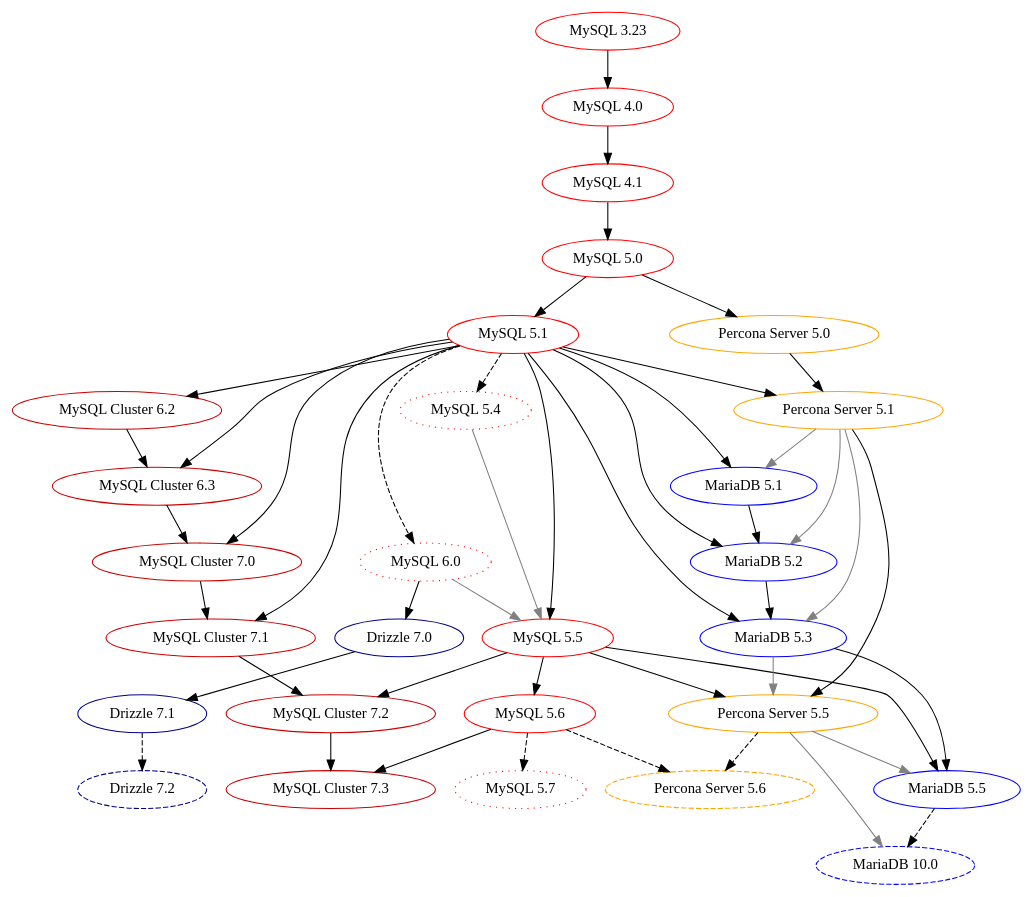
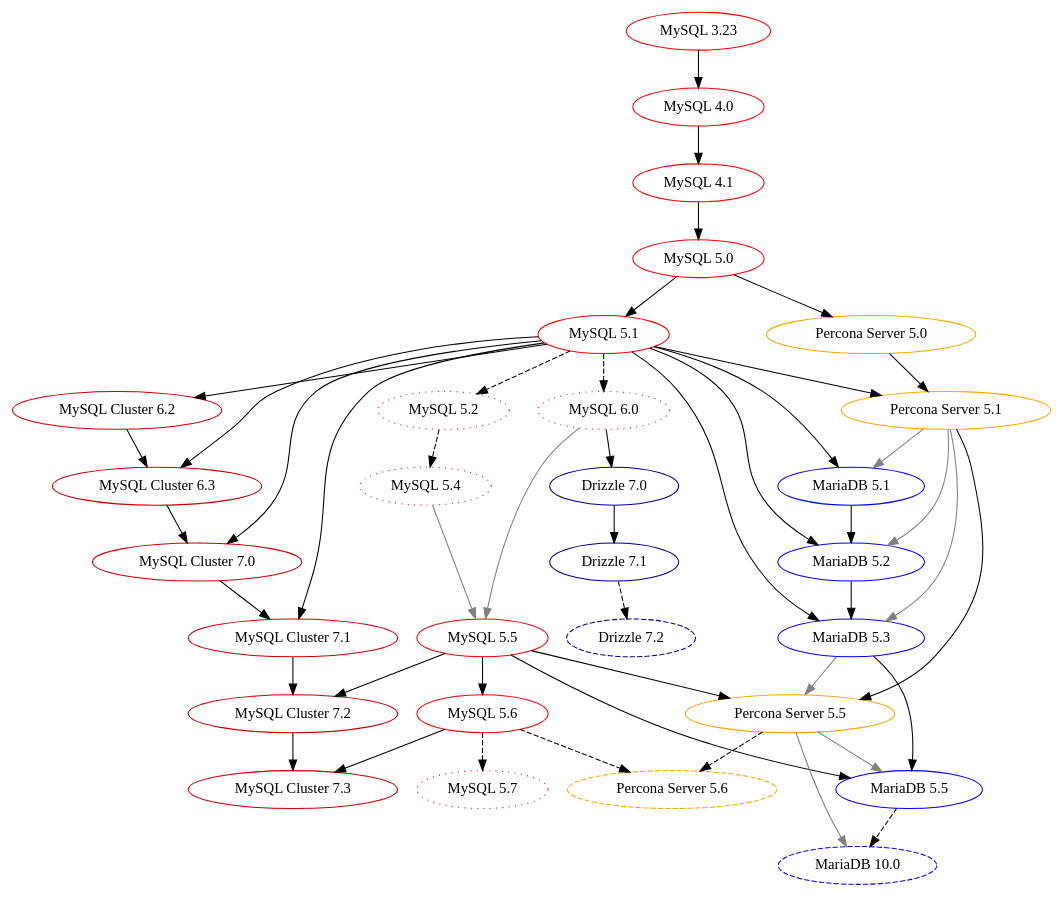
Before and after one commit to dveeden/mysql-history-graph: the diagram in mysql-history-graph.dot, drawn with Graphviz. The commit also changed 2 other files, not shown here.

Commit message:
Added MySQL 5.2 (Thanks Antony T Curtis)

```diff
--- a/mysql-history-graph.dot
+++ b/mysql-history-graph.dot
@@ -1,97 +1,98 @@
 digraph mysql_history_graph {
 	/* Standards:
 	   Non-GA: 		dotted
 	   Abandoned: 		dotted 
 	   Oracle MySQL: 	red
 	   MySQL Cluster: 	red3
 	   MariaDB: 		blue
 	   Drizzle: 		blue4
 	   Percona Server: 	orange
 	*/
 
 	/* MySQL/Sun/Oracle MySQL GA */
 	"MySQL 3.23" [color="red"];
 	"MySQL 4.0" [color="red"];
 	"MySQL 4.1" [color="red"];
 	"MySQL 5.0" [color="red"];
 	"MySQL 5.1" [color="red"];
 	"MySQL 5.5" [color="red"];
 	"MySQL 5.6" [color="red"];
 	"MySQL 3.23" -> "MySQL 4.0";
 	"MySQL 4.0" -> "MySQL 4.1";
 	"MySQL 4.1" -> "MySQL 5.0";
 	"MySQL 5.0" -> "MySQL 5.1";
-	"MySQL 5.1" -> "MySQL 5.5";
 	"MySQL 5.5" -> "MySQL 5.6";
 	"MySQL 5.4" -> "MySQL 5.5" [color="grey"]; // InnoDB Scalability
 	"MySQL 6.0" -> "MySQL 5.5" [color="grey"]; // Optimizer improvements
 
 	/* MySQL/Sun/Oracle non-GA */	
+	"MySQL 5.2" [color="red",style="dotted"];
 	"MySQL 5.4" [color="red",style="dotted"];
 	"MySQL 5.7" [color="red",style="dotted"];
 	"MySQL 6.0" [color="red",style="dotted"];
-	"MySQL 5.1" -> "MySQL 5.4" [style="dashed"];
+	"MySQL 5.1" -> "MySQL 5.2" [style="dashed"];
 	"MySQL 5.1" -> "MySQL 6.0" [style="dashed"];
+	"MySQL 5.2" -> "MySQL 5.4" [style="dashed"];
 	"MySQL 5.6" -> "MySQL 5.7" [style="dashed"];
 
 	/* MySQL Cluster (NDB) */
 	"MySQL Cluster 6.2" [color="red3"]
 	"MySQL Cluster 6.3" [color="red3"]
 	"MySQL Cluster 7.0" [color="red3"]
 	"MySQL Cluster 7.1" [color="red3"]
 	"MySQL Cluster 7.2" [color="red3"]
 	"MySQL Cluster 7.3"  [color="red3"]
 	"MySQL 5.1" -> "MySQL Cluster 6.2";
 	"MySQL 5.1" -> "MySQL Cluster 6.3";
 	"MySQL Cluster 6.2" -> "MySQL Cluster 6.3";
 	"MySQL 5.1" -> "MySQL Cluster 7.0";
 	"MySQL Cluster 6.3" -> "MySQL Cluster 7.0";
 	"MySQL 5.1" -> "MySQL Cluster 7.1";
 	"MySQL Cluster 7.0" -> "MySQL Cluster 7.1";
 	"MySQL 5.5" -> "MySQL Cluster 7.2";
 	"MySQL Cluster 7.1" -> "MySQL Cluster 7.2";
 	"MySQL 5.6" -> "MySQL Cluster 7.3";
 	"MySQL Cluster 7.2" -> "MySQL Cluster 7.3";
 
 	/* MariaDB */
 	"MariaDB 5.1" [color="blue"];
 	"MariaDB 5.2" [color="blue"];
 	"MariaDB 5.3" [color="blue"];
 	"MariaDB 5.5" [color="blue"];
 	"MariaDB 10.0" [color="blue", style="dashed"];
 	"MySQL 5.1" -> "MariaDB 5.1";
 	"Percona Server 5.1" -> "MariaDB 5.1" [color="grey"]; // XtraDB
 	"MySQL 5.1" -> "MariaDB 5.2";
 	"MariaDB 5.1" -> "MariaDB 5.2";
 	"Percona Server 5.1" -> "MariaDB 5.2" [color="grey"]; // XtraDB
 	"MySQL 5.1" -> "MariaDB 5.3";
 	"MariaDB 5.2" -> "MariaDB 5.3";
 	"Percona Server 5.1" -> "MariaDB 5.3" [color="grey"]; // XtraDB
 	"MySQL 5.5" -> "MariaDB 5.5";
 	"MariaDB 5.3" -> "MariaDB 5.5";
 	"Percona Server 5.5" -> "MariaDB 5.5" [color="grey"]; // XtraDB
 	"MariaDB 5.5" -> "MariaDB 10.0" [style="dashed"];
 	"Percona Server 5.5" -> "MariaDB 10.0" [color="grey"]; // XtraDB
 
 	/* Percona Server */
 	"Percona Server 5.0" [color="orange"];
 	"Percona Server 5.1" [color="orange"];
 	"Percona Server 5.5" [color="orange"];
 	"Percona Server 5.6" [color="orange", style="dashed"];
 	"MySQL 5.0" -> "Percona Server 5.0";
 	"MySQL 5.1" -> "Percona Server 5.1";
 	"Percona Server 5.0" -> "Percona Server 5.1";
 	"MySQL 5.5" -> "Percona Server 5.5";
 	"Percona Server 5.1" -> "Percona Server 5.5";
 	"MariaDB 5.3" -> "Percona Server 5.5" [color="grey"]; // group commit
 	"MySQL 5.6" -> "Percona Server 5.6" [style="dashed"];
 	"Percona Server 5.5" -> "Percona Server 5.6" [style="dashed"];
 
 	/* Drizzle */
 	"Drizzle 7.0" [color="blue4"];
 	"Drizzle 7.1" [color="blue4"];
 	"Drizzle 7.2" [color="blue4", style="dashed"];
 	"MySQL 6.0" -> "Drizzle 7.0";
 	"Drizzle 7.0" -> "Drizzle 7.1";
 	"Drizzle 7.1" -> "Drizzle 7.2" [style="dashed"];
 }
```
